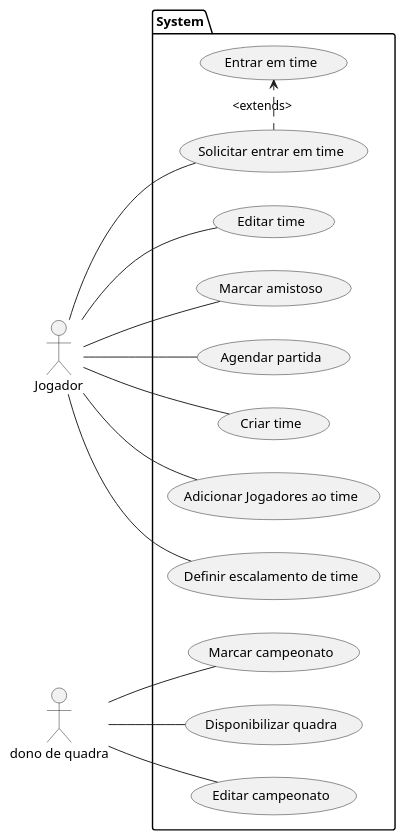
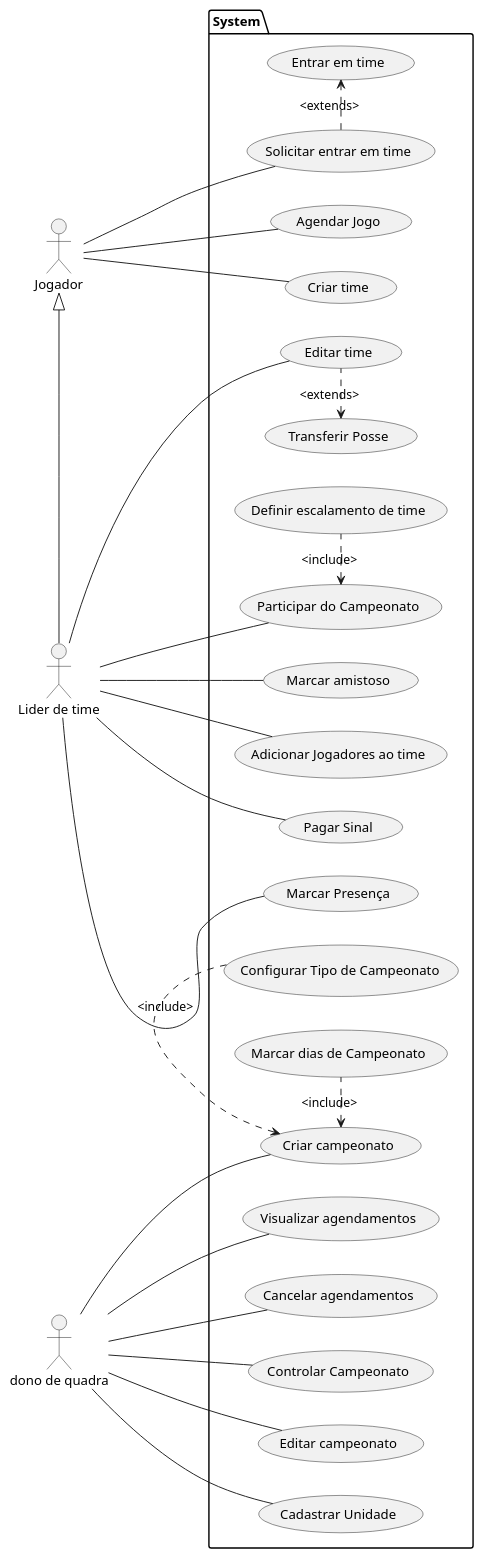
One commit to ItaloBello/ES3 changed the diagram in docs/useCases/useCase.puml. Above: the diagram before and after it, drawn with PlantUML. The commit also changed 3 other files, not shown here.

```diff
--- a/docs/useCases/useCase.puml
+++ b/docs/useCases/useCase.puml
@@ -1,32 +1,51 @@
-@startuml CasosDeUso
+@startuml casoDeUso
 left to right direction
 actor Jogador as J
 actor "dono de quadra" as D
+actor "Lider de time" as L
 package System{
     usecase "Editar time" as UC1
-    usecase "Marcar amistoso" as UC2
-    usecase "Agendar partida" as UC3
-    usecase "Criar time" as UC4
-    usecase "Adicionar Jogadores ao time" as UC5
-    usecase "Solicitar entrar em time" as UC6
-    usecase "Entrar em time" as UC7
-    usecase "Definir escalamento de time" as UC8
-    usecase "Marcar campeonato" as UC9
-    usecase "Disponibilizar quadra" as UC10
-    usecase "Editar campeonato" as UC11
+    usecase "Transferir Posse" as UC2
+    usecase "Marcar amistoso" as UC3
+    usecase "Agendar Jogo" as UC4
+    usecase "Criar time" as UC5
+    usecase "Adicionar Jogadores ao time" as UC6
+    usecase "Solicitar entrar em time" as UC7
+    usecase "Entrar em time" as UC8
+    usecase "Participar do Campeonato" as UC9
+    usecase "Definir escalamento de time" as UC10
+    usecase "Pagar Sinal" as UC11
+    usecase "Marcar Presença" as UC12
+
+    usecase "Criar campeonato" as UC13
+    usecase "Configurar Tipo de Campeonato" as UC14
+    usecase "Marcar dias de Campeonato" as UC15
+    usecase "Visualizar agendamentos" as UC16
+    usecase "Cancelar agendamentos" as UC17
+    usecase "Controlar Campeonato" as UC18
+    usecase "Editar campeonato" as UC19
+    usecase "Cadastrar Unidade" as UC20
 }
 
-J -- UC1
-J -- UC2
-J -- UC3
+J <|- L
+L -- UC1
+UC2 <. UC1 : <extends>
+L -- UC3
 J -- UC4
 J -- UC5
-J -- UC6
-UC6 .> UC7 : <extends>
-J -- UC8
-
-D -- UC9
-D -- UC10
-D -- UC11
-
+L -- UC6
+J -- UC7
+UC7 .> UC8 : <extends>
+L -- UC9
+UC9 <. UC10 : <include>
+L -- UC11
+L -- UC12
+D -- UC13
+UC13 <. UC14 : <include>
+UC13 <. UC15 : <include>
+D -- UC16
+D -- UC17
+D -- UC18
+D -- UC19
+D -- UC20
 @enduml
```
